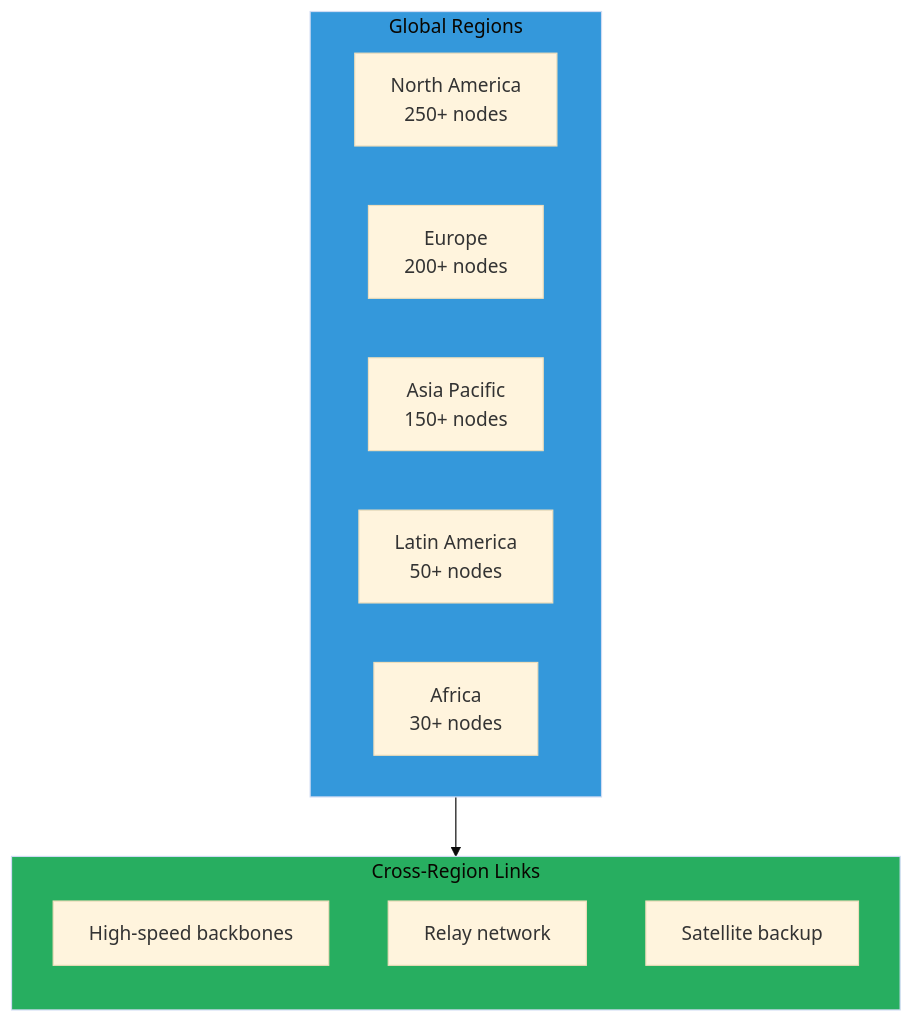
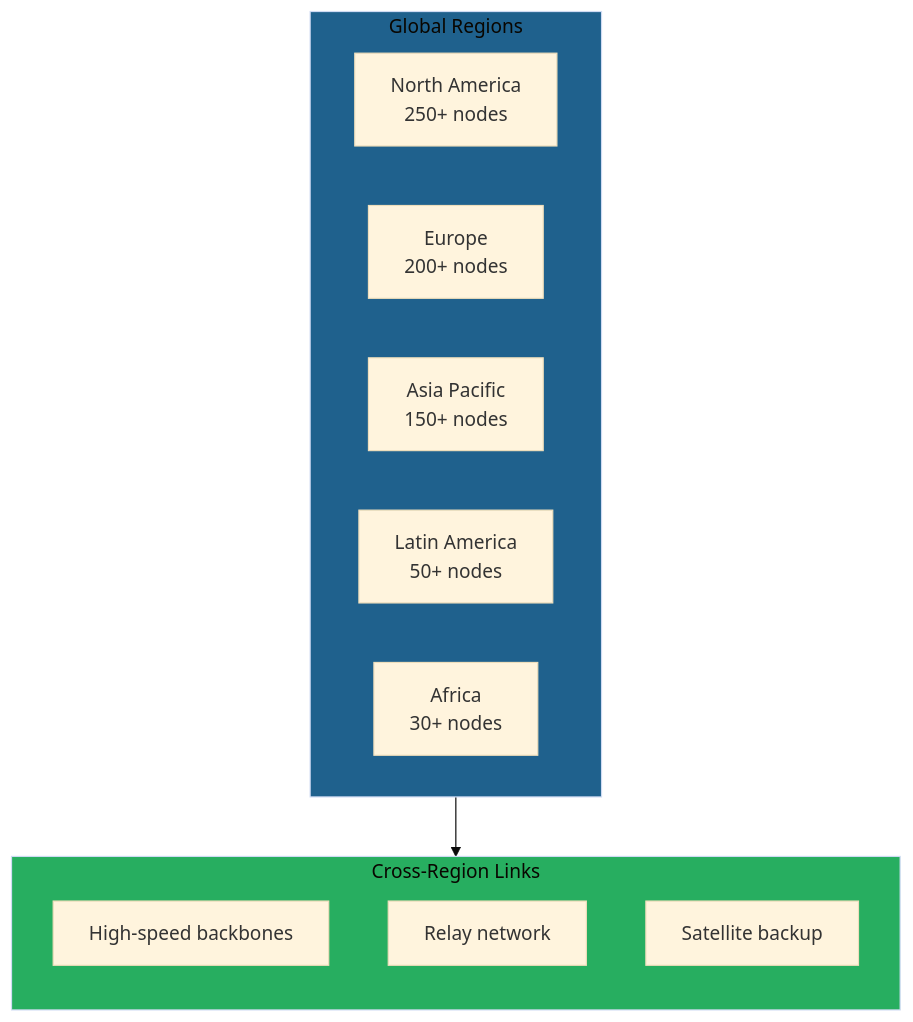
Before and after one commit to CipherOcto/cipherocto: the tenth of 10 diagrams in docs/03-technology/system-architecture.md, drawn with Mermaid (base theme). The commit also changed other lines of this file and 13 other files, not shown here.

First line of the commit message:
Improve Mermaid diagram accessibility: Fix color contrast

````diff
--- a/docs/03-technology/system-architecture.md
+++ b/docs/03-technology/system-architecture.md
@@ -387,23 +387,23 @@
 ```mermaid
 graph TB
     subgraph REGIONS["Global Regions"]
         direction LR
         NA[North America<br/>250+ nodes]
         EU[Europe<br/>200+ nodes]
         AP[Asia Pacific<br/>150+ nodes]
         LA[Latin America<br/>50+ nodes]
         AF[Africa<br/>30+ nodes]
     end
 
     subgraph INTERCONNECT["Cross-Region Links"]
         direction TB
         L1[High-speed backbones]
         L2[Relay network]
         L3[Satellite backup]
     end
 
     REGIONS --> INTERCONNECT
 
-    style REGIONS fill:#3498db
+    style REGIONS fill:#1f618d
     style INTERCONNECT fill:#27ae60
 ```
````
